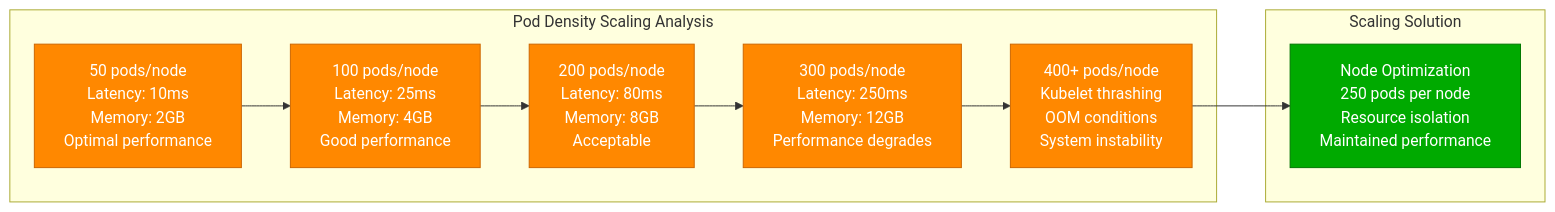
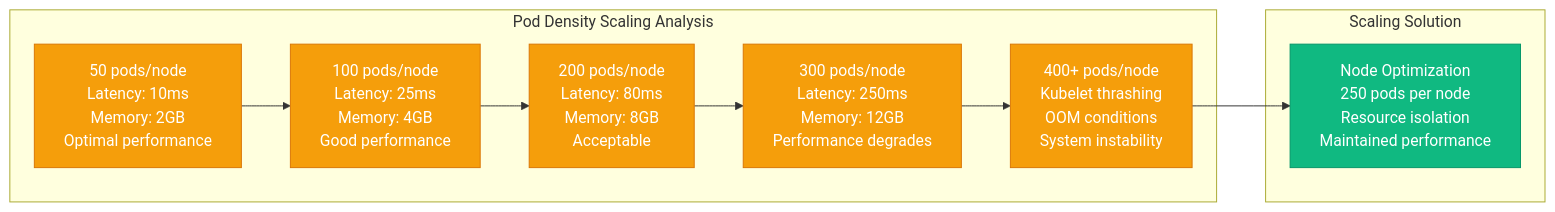
The fourth of 4 diagrams in site/docs/performance/kubernetes-15k-nodes-performance.md (deepaucksharma/DS), drawn with Mermaid before and after one commit. The commit also changed other lines of this file and 187 other files, not shown here.

````diff
--- a/site/docs/performance/kubernetes-15k-nodes-performance.md
+++ b/site/docs/performance/kubernetes-15k-nodes-performance.md
@@ -221,24 +221,24 @@
 ```mermaid
 graph LR
     subgraph PodScaling[Pod Density Scaling Analysis]
         P50[50 pods/node<br/>Latency: 10ms<br/>Memory: 2GB<br/>Optimal performance]
         P100[100 pods/node<br/>Latency: 25ms<br/>Memory: 4GB<br/>Good performance]
         P200[200 pods/node<br/>Latency: 80ms<br/>Memory: 8GB<br/>Acceptable]
         P300[300 pods/node<br/>Latency: 250ms<br/>Memory: 12GB<br/>Performance degrades]
         P400[400+ pods/node<br/>Kubelet thrashing<br/>OOM conditions<br/>System instability]
     end
 
     P50 --> P100 --> P200 --> P300 --> P400
 
     subgraph Solution[Scaling Solution]
         OPTIMIZE[Node Optimization<br/>250 pods per node<br/>Resource isolation<br/>Maintained performance]
     end
 
     P400 --> OPTIMIZE
 
-    classDef scaleStyle fill:#FF8800,stroke:#CC6600,color:#fff
-    classDef solutionStyle fill:#00AA00,stroke:#007700,color:#fff
+    classDef scaleStyle fill:#F59E0B,stroke:#D97706,color:#fff
+    classDef solutionStyle fill:#10B981,stroke:#059669,color:#fff
 
     class P50,P100,P200,P300,P400 scaleStyle
     class OPTIMIZE solutionStyle
 ```
````
